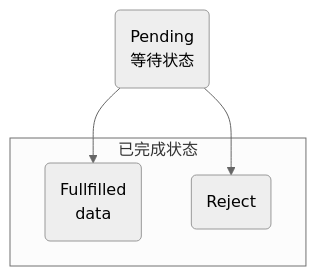
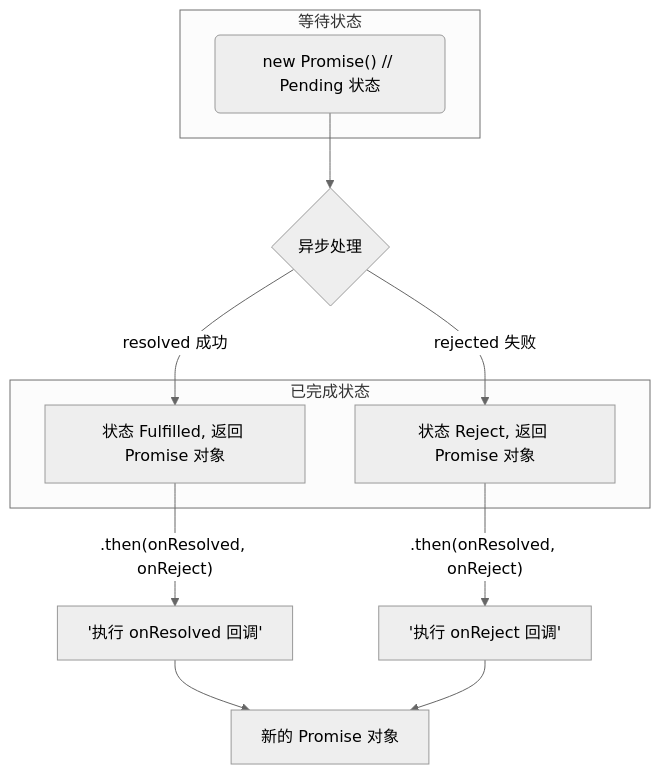
Before and after one commit to HelenZhangLP/blog: the diagram in source/_posts/JavaScript-Promise.md, drawn with Mermaid (neutral theme). The commit also changed other lines of this file and 234 other files, not shown here.

````diff
--- a/source/_posts/JavaScript-Promise.md
+++ b/source/_posts/JavaScript-Promise.md
@@ -22,10 +86,17 @@
 ```mermaid
-flowchart TD
-Pending(Pending<br/>等待状态)
+flowchart TB
+subgraph 等待状态	
+	Pending("new Promise() // Pending 状态")
+end
 subgraph 已完成状态
-Fulfilled(Fullfilled<br/>data)
-Reject(Reject)
+	Fulfilled(Fulfilled<br/>)
+	Reject(Reject)
 end
-Pending --> Fulfilled
-Pending --> Reject
+Pending --> async{异步处理}
+async --> |resolved 成功| Fulfilled["状态 Fulfilled, 返回 Promise 对象"]
+async -->|rejected 失败| Reject["状态 Reject, 返回 Promise 对象"]
+Fulfilled -->|".then(onResolved, onReject)"| onResolved['执行 onResolved 回调']
+Reject --> |".then(onResolved, onReject)"| onReject['执行 onReject 回调']
+onResolved --> Promise["新的 Promise 对象"]
+onReject --> Promise
 ```
````
